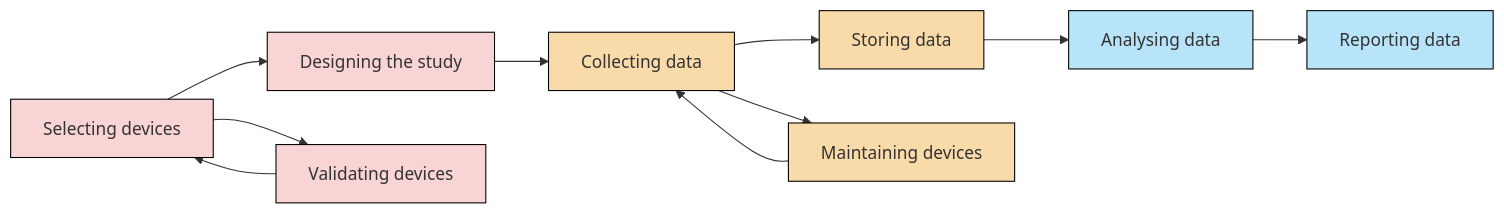
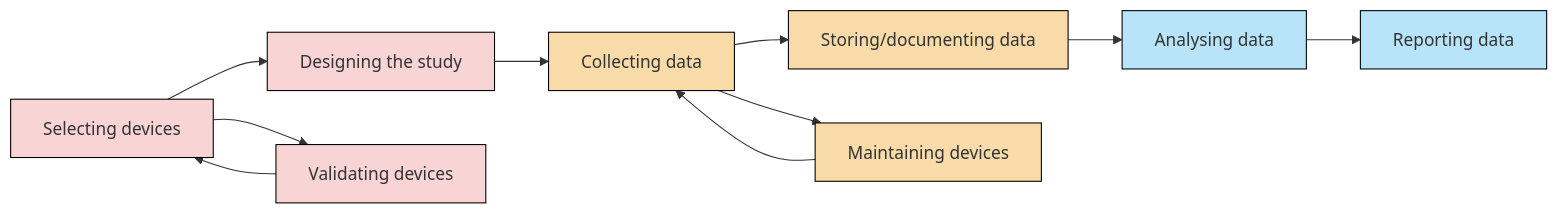
The diagram in index.qmd (RDA-WG-VisualExperienceData/ResearcherGuide), drawn with Mermaid before and after one commit.

````diff
--- a/index.qmd
+++ b/index.qmd
@@ -38,38 +38,38 @@
 ```{mermaid}
 %%{init: {"themeVariables": {
   "fontFamily": "Arial, Helvetica, sans-serif",
   "fontColor": "#000000"
 }}}%%
 flowchart LR
     A[Selecting devices] --> B[Designing the study]
     B --> C[Collecting data]
-    C --> D[Storing data]
+    C --> D[Storing/documenting data]
     D --> E[Analysing data]
     E --> F[Reporting data]
 
     A --> G[Validating devices]
     G --> A
 
     C --> H[Maintaining devices]
     H --> C
 
     style A fill:#f9d4d4,stroke:#000
     style B fill:#f9d4d4,stroke:#000
     style G fill:#f9d4d4,stroke:#000
 
     style C fill:#f9dba9,stroke:#000
     style H fill:#f9dba9,stroke:#000
     style D fill:#f9dba9,stroke:#000
 
     style E fill:#b7e4f9,stroke:#000
     style F fill:#b7e4f9,stroke:#000
-    
-    click A "https://example.com/selecting-devices" _blank
-    click B "https://example.com/designing-study" _blank
-    click C "https://example.com/collecting-data" _blank
-    click D "https://example.com/storing-data" _blank
-    click E "https://example.com/analysing-data" _blank
-    click F "https://example.com/reporting-data" _blank
-    click G "https://example.com/validating-devices" _blank
-    click H "https://example.com/maintaining-devices" _blank
+
+    click A "license.html" _self
+    click B "license.html" _self
+    click C "license.html" _self
+    click D "license.html" _self
+    click E "license.html" _self
+    click F "license.html" _self
+    click G "license.html" _self
+    click H "license.html" _self
 ```
````
